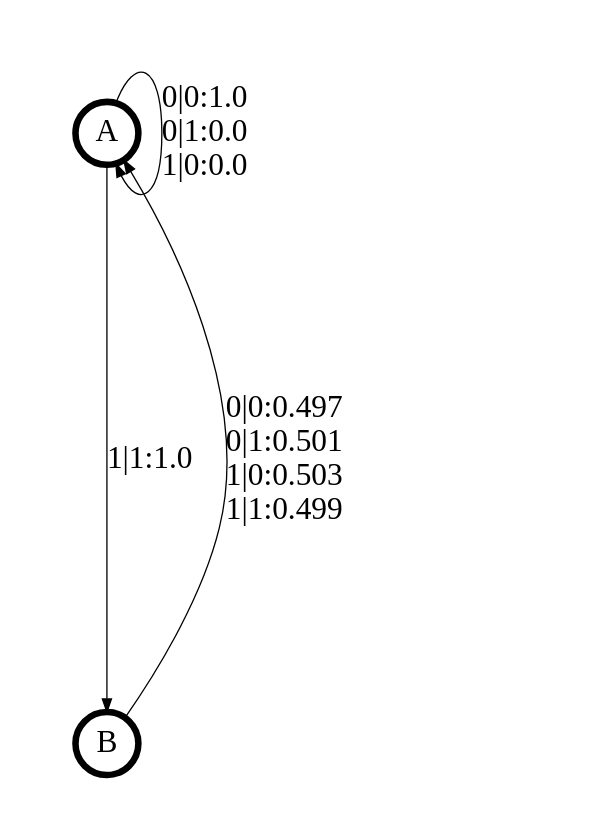
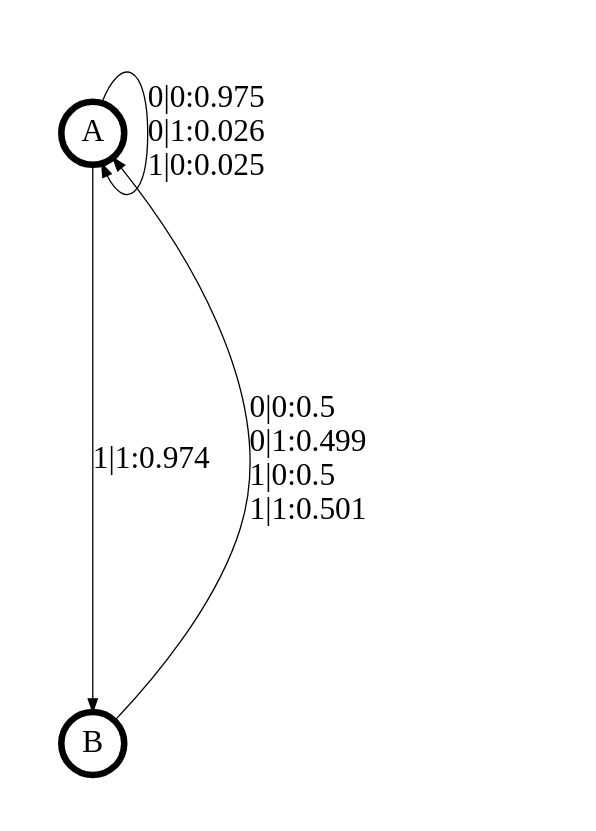
Before and after one commit to ddarmon/transCSSR: the diagram in transCSSR_results/Xt_odd-random-channel+Yt_odd-random-channel.dot, drawn with Graphviz. The commit also changed 15 other files, not shown here.

```diff
--- a/transCSSR_results/Xt_odd-random-channel+Yt_odd-random-channel.dot
+++ b/transCSSR_results/Xt_odd-random-channel+Yt_odd-random-channel.dot
@@ -1,15 +1,15 @@
 digraph  {
 size = "6,8.5";
 ratio = "fill";
 node
 [shape = circle];
 node [fontsize = 24];
 node [penwidth = 5];
 edge [fontsize = 24];
 node [fontname = "CMU Serif Roman"];
 graph [fontname = "CMU Serif Roman"];
 edge [fontname = "CMU Serif Roman"];
-A -> A [label = "0|0:1.0\l0|1:0.0\l1|0:0.0\l"];
-A -> B [label = "1|1:1.0\l"];
-B -> A [label = "0|0:0.497\l0|1:0.501\l1|0:0.503\l1|1:0.499\l"];
+A -> A [label = "0|0:0.975\l0|1:0.026\l1|0:0.025\l"];
+A -> B [label = "1|1:0.974\l"];
+B -> A [label = "0|0:0.5\l0|1:0.499\l1|0:0.5\l1|1:0.501\l"];
 }
```
